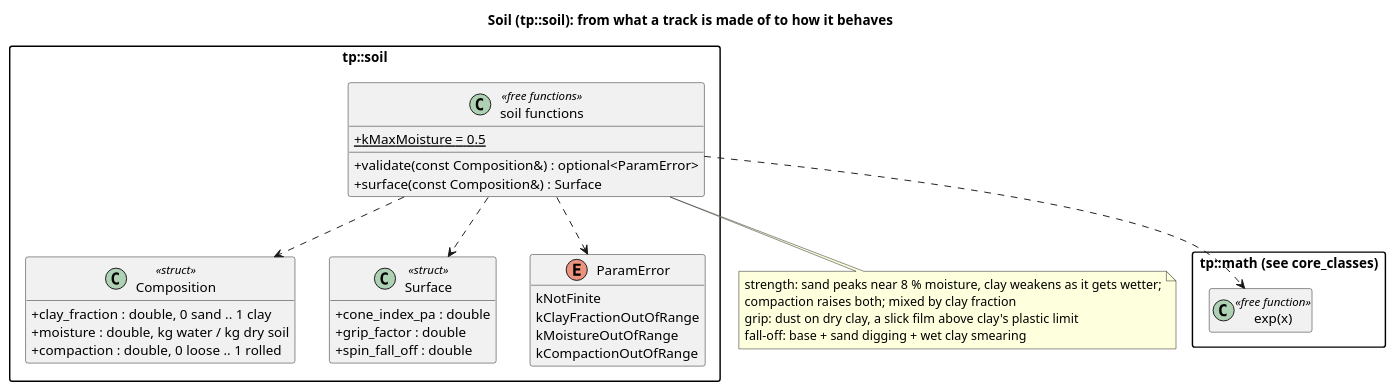
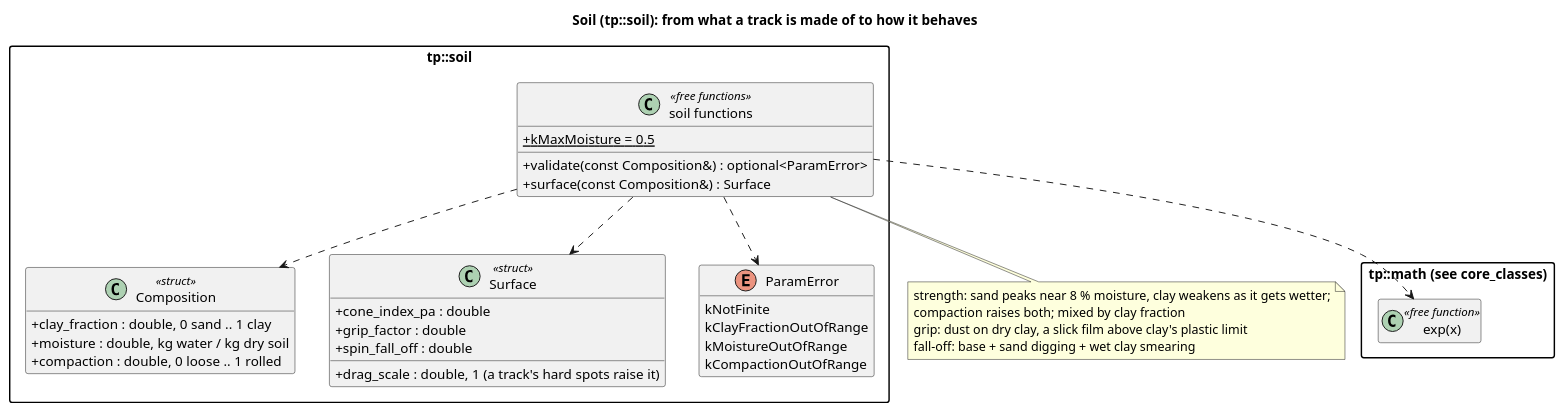
The diagram in docs/diagrams/soil_classes.puml (wversteeg/TractorPulling), drawn with PlantUML before and after one commit. The commit also changed 82 other files, not shown here.

```diff
--- a/docs/diagrams/soil_classes.puml
+++ b/docs/diagrams/soil_classes.puml
@@ -1,44 +1,45 @@
 @startuml soil_classes
 title Soil (tp::soil): from what a track is made of to how it behaves
 hide empty members
 skinparam packageStyle rectangle
 skinparam classAttributeIconSize 0
 
 package "tp::math (see core_classes)" {
   class "exp(x)" as Exp <<free function>>
 }
 
 package "tp::soil" {
   class Composition <<struct>> {
     +clay_fraction : double, 0 sand .. 1 clay
     +moisture : double, kg water / kg dry soil
     +compaction : double, 0 loose .. 1 rolled
   }
   class Surface <<struct>> {
     +cone_index_pa : double
     +grip_factor : double
     +spin_fall_off : double
+    +drag_scale : double, 1 (a track's hard spots raise it)
   }
   enum ParamError {
     kNotFinite
     kClayFractionOutOfRange
     kMoistureOutOfRange
     kCompactionOutOfRange
   }
   class "soil functions" as SoilFns <<free functions>> {
     +{static} kMaxMoisture = 0.5
     +validate(const Composition&) : optional<ParamError>
     +surface(const Composition&) : Surface
   }
   SoilFns ..> Composition
   SoilFns ..> Surface
   SoilFns ..> ParamError
 }
 SoilFns ..> Exp
 note bottom of SoilFns
   strength: sand peaks near 8 % moisture, clay weakens as it gets wetter;
   compaction raises both; mixed by clay fraction
   grip: dust on dry clay, a slick film above clay's plastic limit
   fall-off: base + sand digging + wet clay smearing
 end note
 @enduml
```
